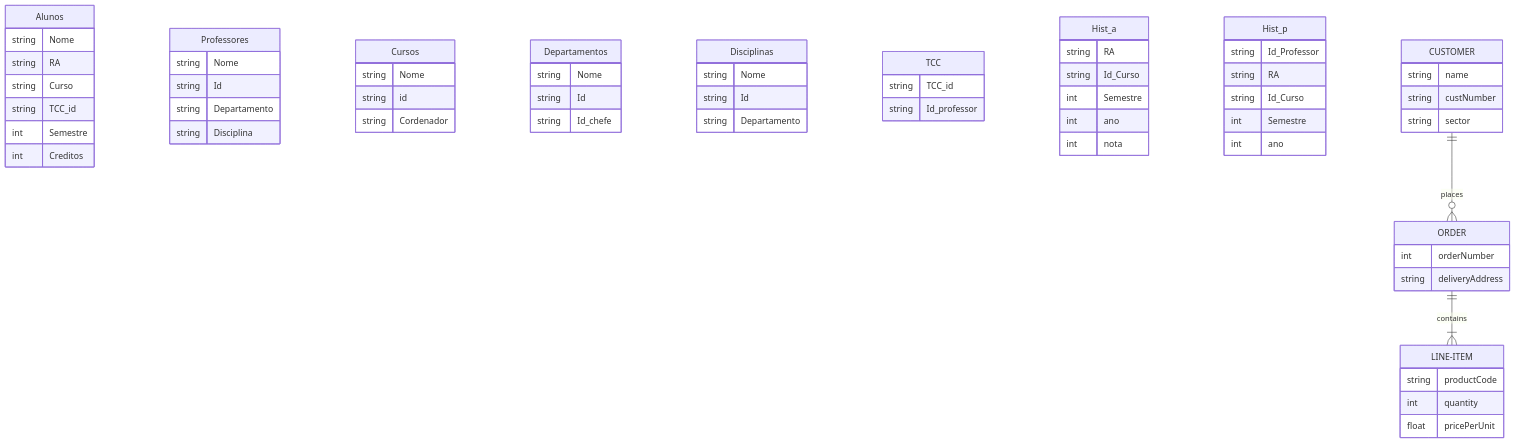
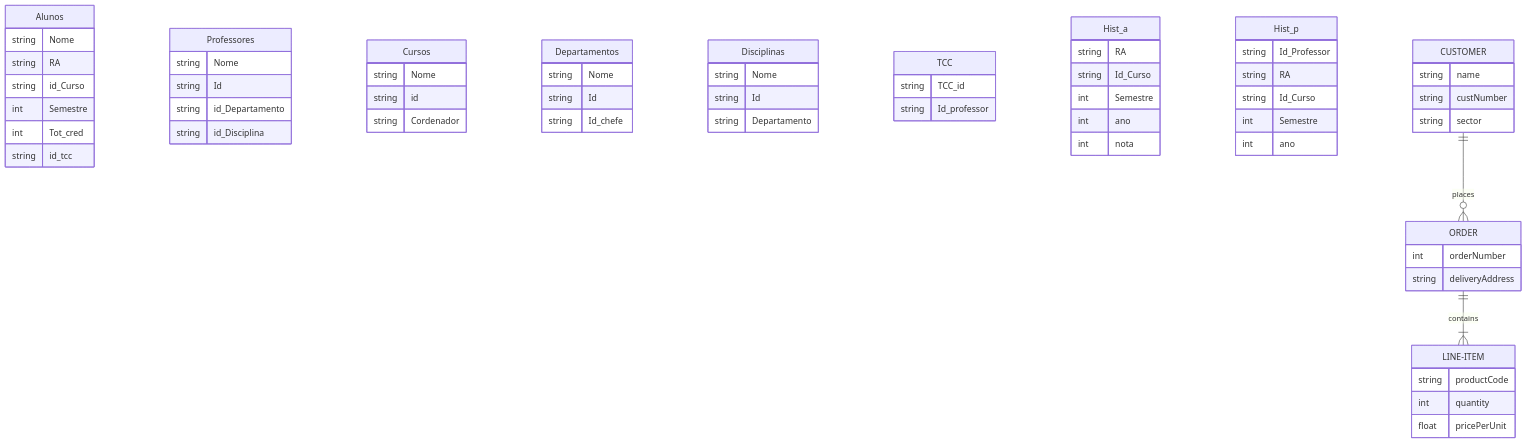
One commit to LucasRezendeSimoes/ProjetoDB changed the diagram in Tabelas.md. Above: the diagram before and after it, drawn with Mermaid.

````diff
--- a/Tabelas.md
+++ b/Tabelas.md
@@ -1,67 +1,67 @@
 ```mermaid
 erDiagram
     Alunos {
         string Nome
         string RA
-        string Curso
-        string TCC_id
+        string id_Curso
         int Semestre
-        int Creditos
+        int Tot_cred
+        string id_tcc
     }
     Professores {
         string Nome
         string Id
-        string Departamento
-        string Disciplina
+        string id_Departamento
+        string id_Disciplina
     }
     Cursos {
         string Nome
         string id
         string Cordenador
     }
     Departamentos {
         string Nome
         string Id
         string Id_chefe
     }
     Disciplinas {
         string Nome
         string Id
         string Departamento
     }
     TCC {
         string TCC_id
         string Id_professor
     }
     Hist_a {
         string RA
         string Id_Curso
         int Semestre
         int ano
         int nota
     }
     Hist_p {
         string Id_Professor
         string RA
         string Id_Curso
         int Semestre
         int ano
     }
 
     CUSTOMER ||--o{ ORDER : places
     CUSTOMER {
         string name
         string custNumber
         string sector
     }
     ORDER ||--|{ LINE-ITEM : contains
     ORDER {
         int orderNumber
         string deliveryAddress
     }
     LINE-ITEM {
         string productCode
         int quantity
         float pricePerUnit
     }
 ```
````
